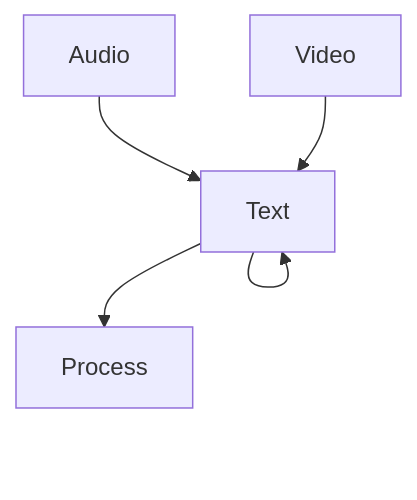
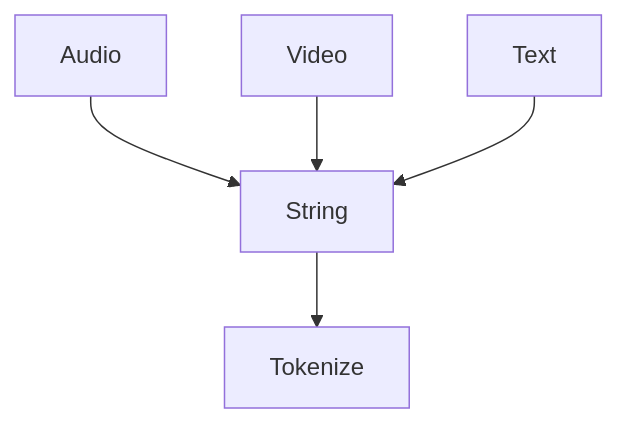
One commit to sh-navid/NExT changed the diagram in README.md. Above: the diagram before and after it, drawn with Mermaid.

````diff
--- a/README.md
+++ b/README.md
@@ -7,7 +7,7 @@
 ```mermaid
 graph TD;
-    Audio-->Text;
-    Video-->Text;
-    Text-->Text;
-    Text-->Process;
+    Audio-->String;
+    Video-->String;
+    Text-->String;
+    String-->Tokenize;
 ```
````
